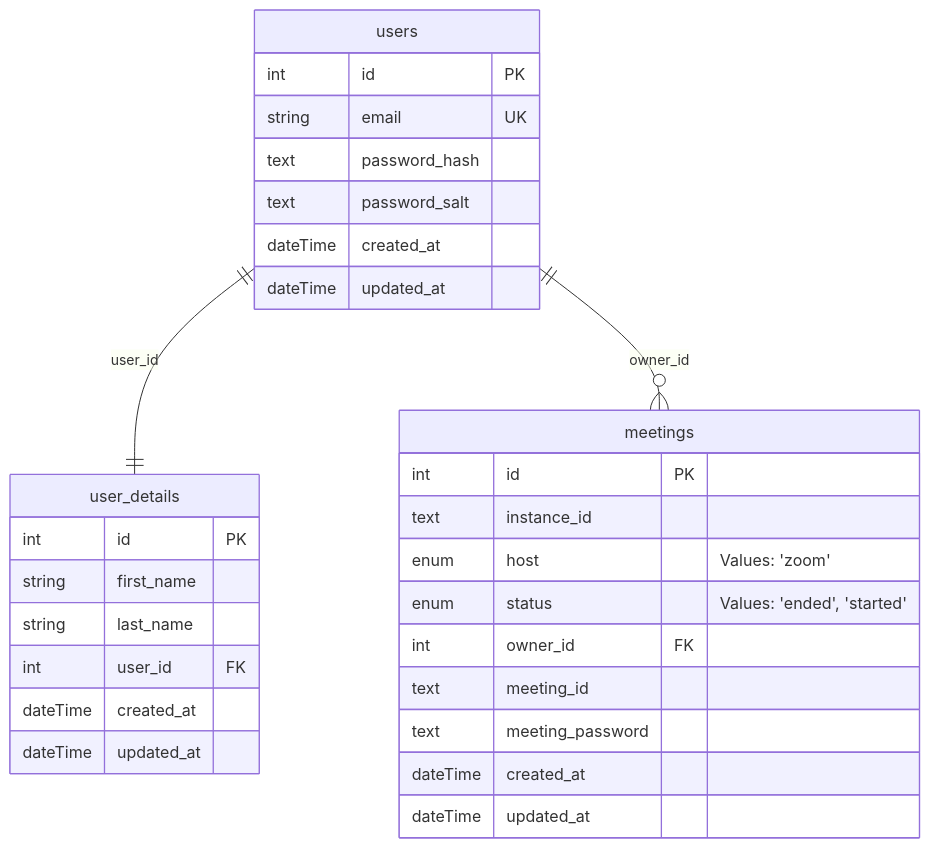
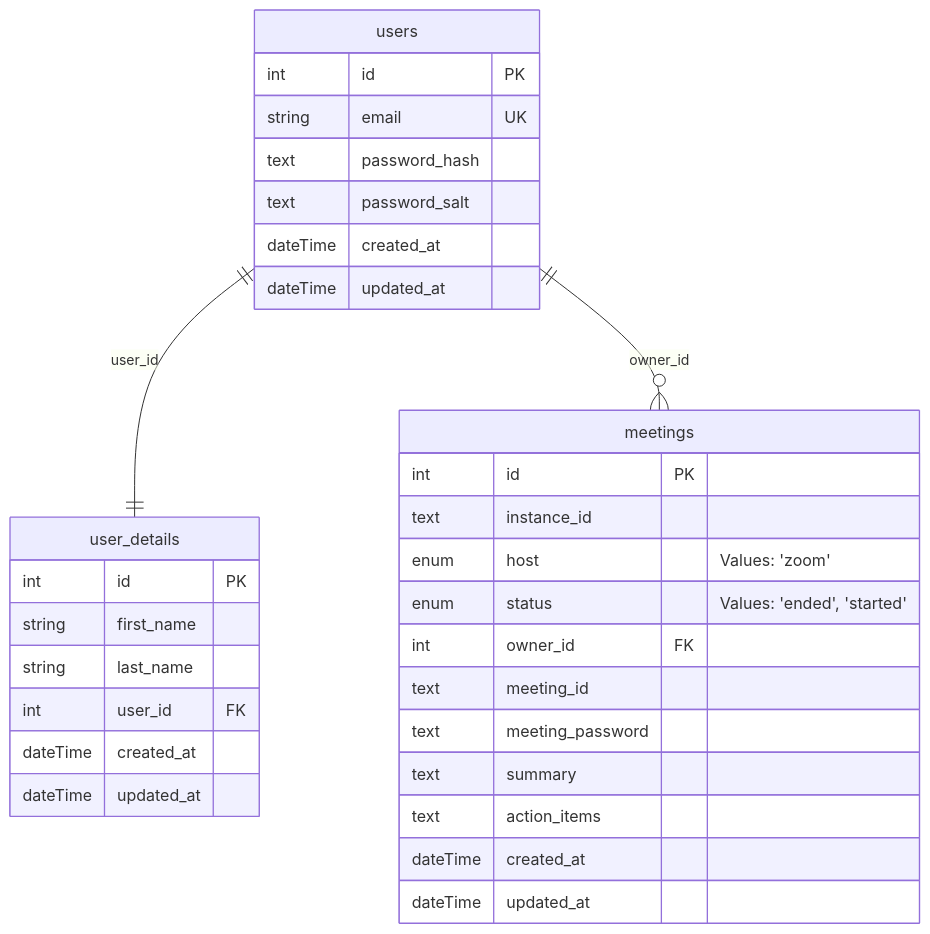
One commit to BinaryStudioAcademy/bsa-2025-meetlytic changed the diagram in readme.md. Above: the diagram before and after it, drawn with Mermaid.

Commit message:
chore: add summary and action items to db schema ml-143

````diff
--- a/readme.md
+++ b/readme.md
@@ -25,32 +25,34 @@
 ```mermaid
 erDiagram
    users {
       int id PK
       string email UK
       text password_hash
       text password_salt
       dateTime created_at
       dateTime updated_at
    }
    user_details {
       int id PK
       string first_name
       string last_name
       int user_id FK
       dateTime created_at
       dateTime updated_at
    }
    meetings {
       int id PK
       text instance_id
       enum host "Values: 'zoom'"
       enum status "Values: 'ended', 'started'"
       int owner_id FK
       text meeting_id
       text meeting_password
+      text summary
+      text action_items
       dateTime created_at
       dateTime updated_at
    }
    users ||--|| user_details: user_id
    users ||--o{ meetings: owner_id
 ```
````
